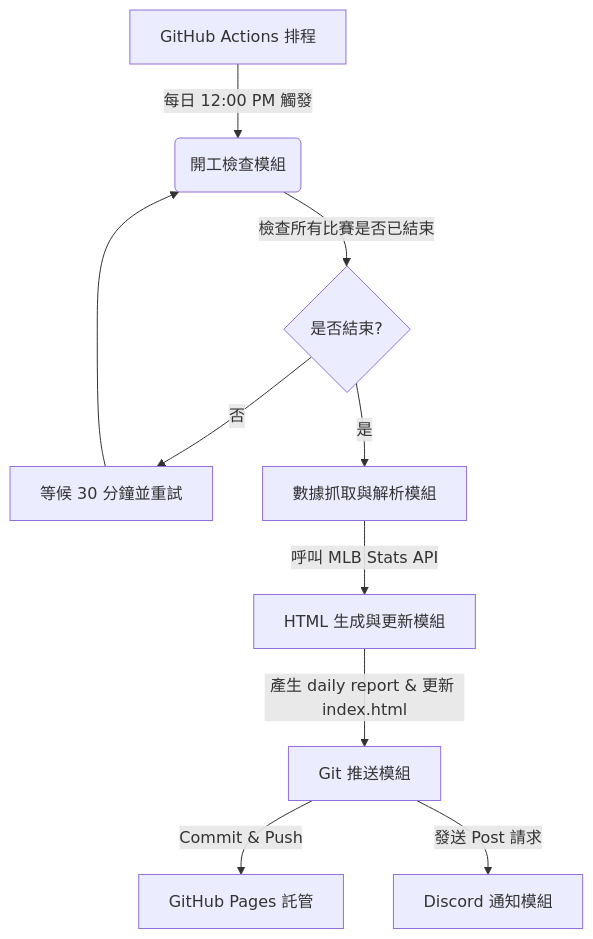
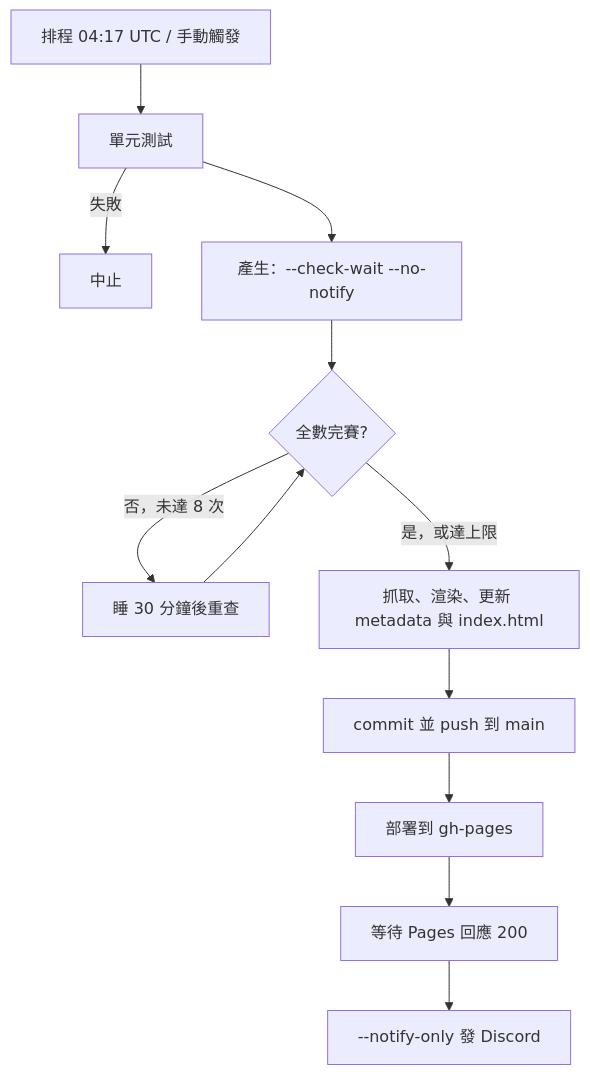
The diagram in docs/architecture.md (haolun588/MLB-daily), drawn with Mermaid before and after one commit. The commit also changed other lines of this file and 8 other files, not shown here.

````diff
--- a/docs/architecture.md
+++ b/docs/architecture.md
@@ -11,12 +28,14 @@
 ```mermaid
 graph TD
-    A[GitHub Actions 排程] -->|每日 12:00 PM 觸發| B(開工檢查模組)
-    B -->|檢查所有比賽是否已結束| C{是否結束?}
-    C -->|否| D[等候 30 分鐘並重試]
-    D --> B
-    C -->|是| E[數據抓取與解析模組]
-    E -->|呼叫 MLB Stats API| F[HTML 生成與更新模組]
-    F -->|產生 daily report & 更新 index.html| G[Git 推送模組]
-    G -->|Commit & Push| H[GitHub Pages 託管]
-    G -->|發送 Post 請求| I[Discord 通知模組]
+    A[排程 04:17 UTC / 手動觸發] --> T[單元測試]
+    T -->|失敗| X[中止]
+    T --> B[產生：--check-wait --no-notify]
+    B --> C{全數完賽?}
+    C -->|否，未達 8 次| D[睡 30 分鐘後重查]
+    D --> C
+    C -->|是，或達上限| E[抓取、渲染、更新 metadata 與 index.html]
+    E --> F[commit 並 push 到 main]
+    F --> G[部署到 gh-pages]
+    G --> H[等待 Pages 回應 200]
+    H --> I[--notify-only 發 Discord]
 ```
````
